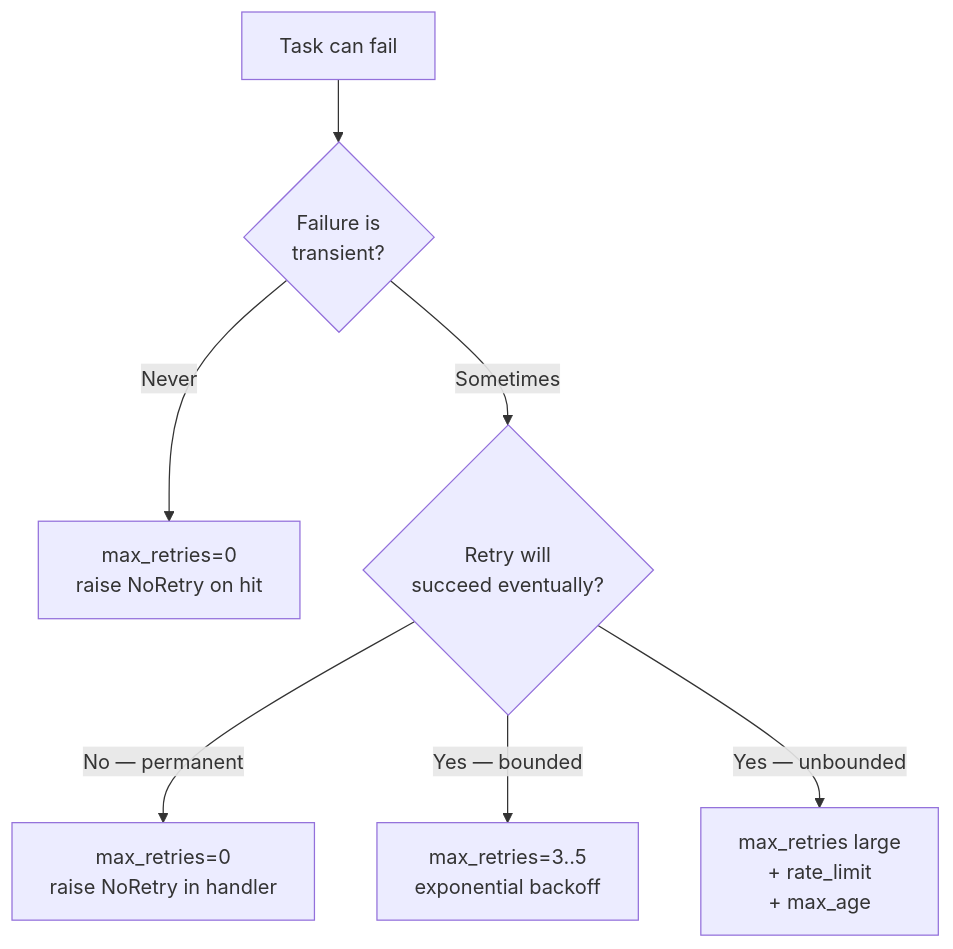
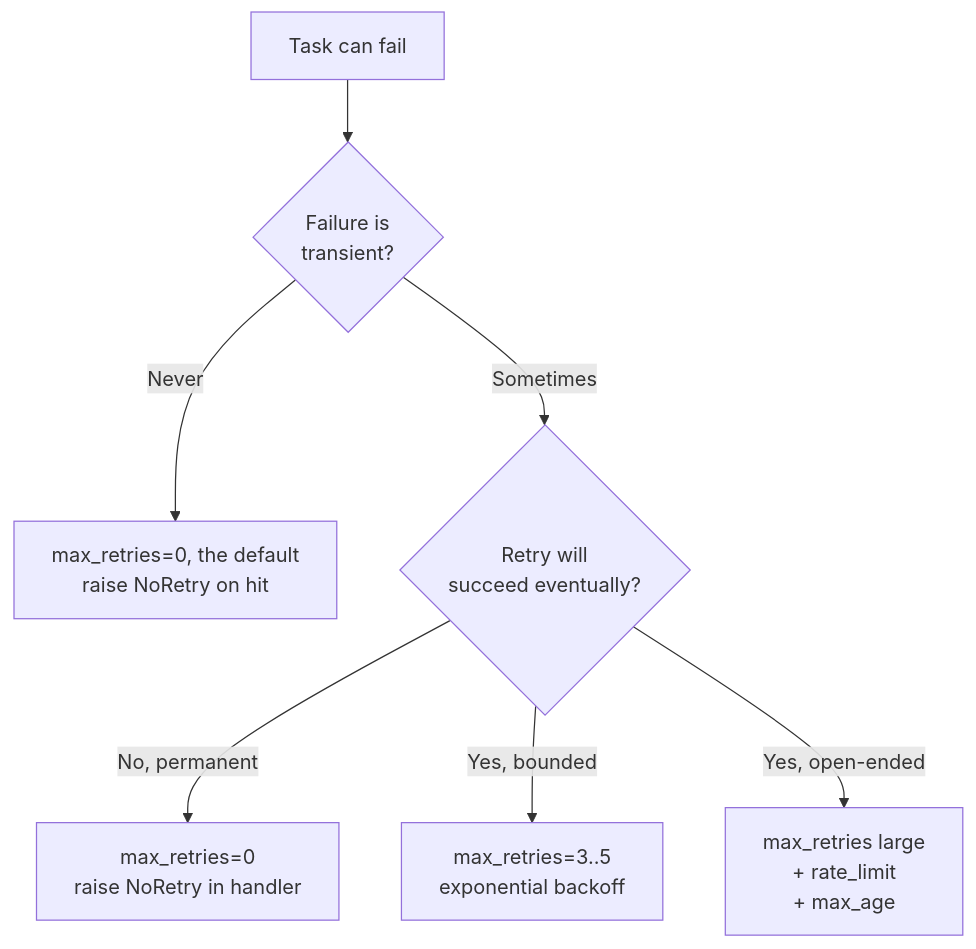
Before and after one commit to Schorschofwill/swarmq: the second of 9 diagrams in website/reference/agent/decision-trees.md, drawn with Mermaid. The commit also changed other lines of this file and 84 other files, not shown here.

````diff
--- a/website/reference/agent/decision-trees.md
+++ b/website/reference/agent/decision-trees.md
@@ -30,9 +37,9 @@
 ```mermaid
 flowchart TD
     A[Task can fail] --> B{Failure is<br/>transient?}
-    B -->|Never| C[max_retries=0<br/>raise NoRetry on hit]
+    B -->|Never| C[max_retries=0, the default<br/>raise NoRetry on hit]
     B -->|Sometimes| D{Retry will<br/>succeed eventually?}
-    D -->|No — permanent| E[max_retries=0<br/>raise NoRetry in handler]
-    D -->|Yes — bounded| F[max_retries=3..5<br/>exponential backoff]
-    D -->|Yes — unbounded| G[max_retries large<br/>+ rate_limit<br/>+ max_age]
+    D -->|No, permanent| E[max_retries=0<br/>raise NoRetry in handler]
+    D -->|Yes, bounded| F[max_retries=3..5<br/>exponential backoff]
+    D -->|Yes, open-ended| G[max_retries large<br/>+ rate_limit<br/>+ max_age]
 ```
````
